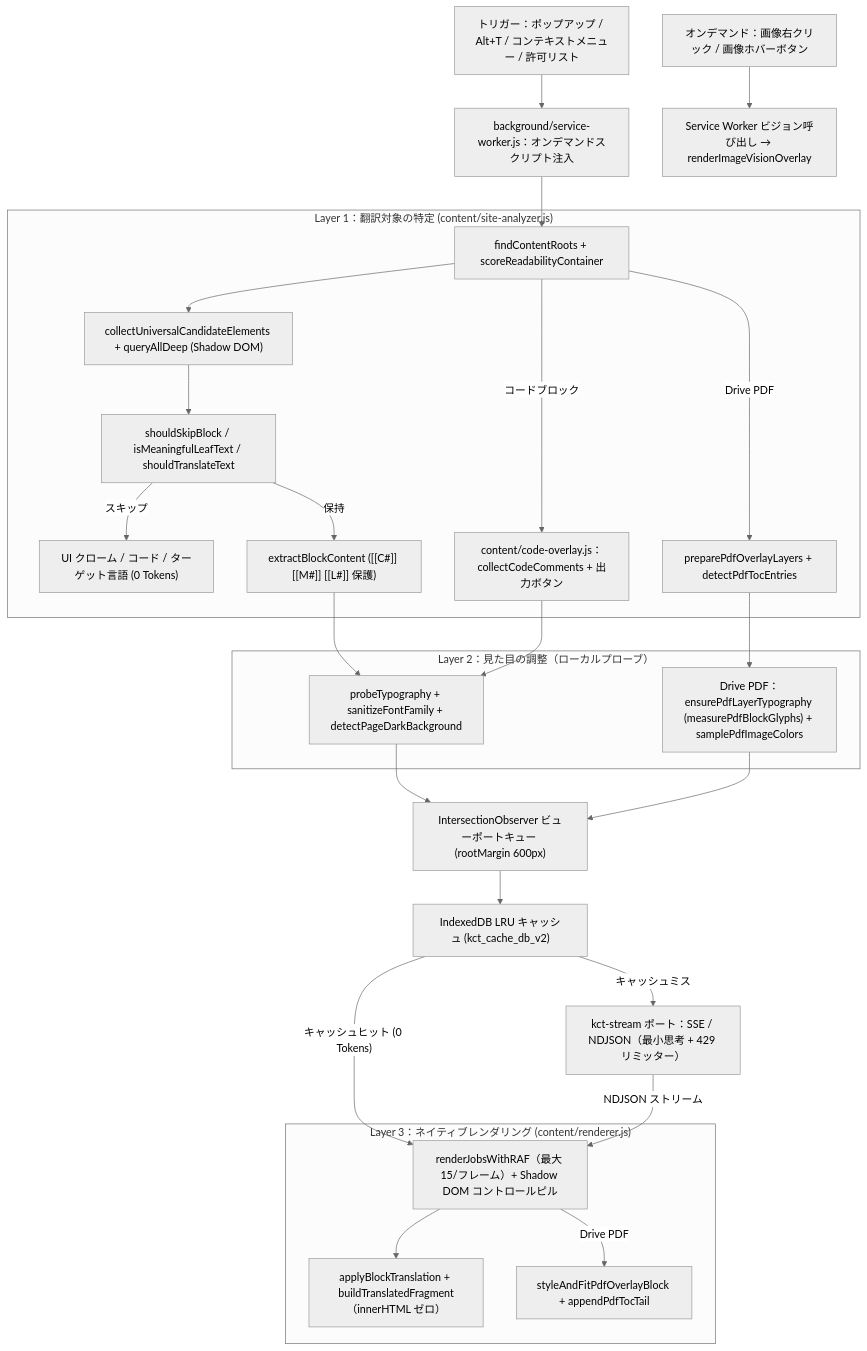
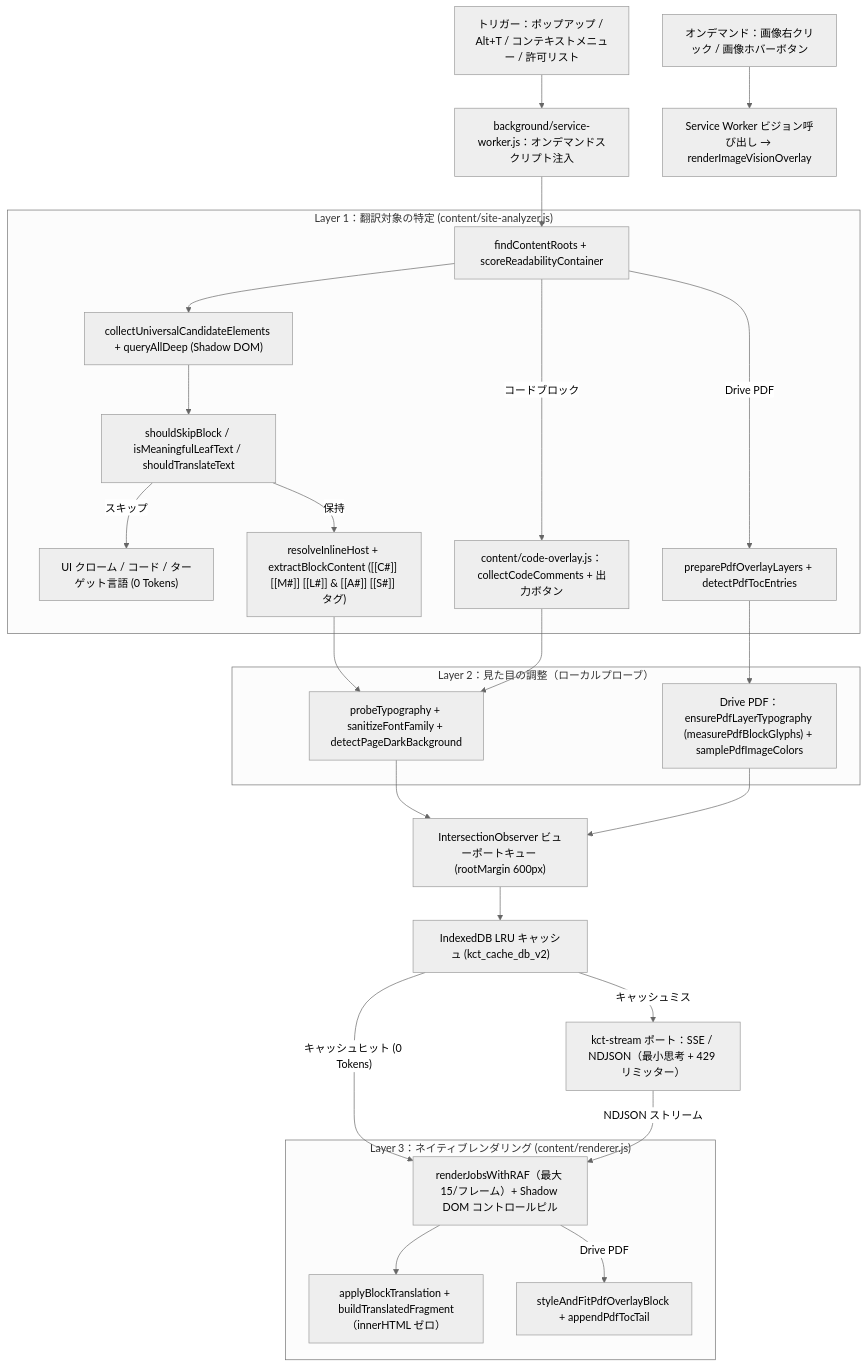
Before and after one commit to Chih-Kai-Wang/kaggle-course-translator: the second of 2 diagrams in README.ja.md, drawn with Mermaid (neutral theme). The commit also changed other lines of this file and 47 other files, not shown here.

````diff
--- a/README.ja.md
+++ b/README.ja.md
@@ -104,39 +126,39 @@
 ```mermaid
 flowchart TD
     A["トリガー：ポップアップ / Alt+T / コンテキストメニュー / 許可リスト"] --> B["background/service-worker.js：オンデマンドスクリプト注入"]
     B --> C1
 
     subgraph L1["Layer 1：翻訳対象の特定 (content/site-analyzer.js)"]
         C1["findContentRoots + scoreReadabilityContainer"]
         C1 --> C2["collectUniversalCandidateElements + queryAllDeep (Shadow DOM)"]
         C2 --> C3["shouldSkipBlock / isMeaningfulLeafText / shouldTranslateText"]
         C3 -->|"スキップ"| SKIP["UI クローム / コード / ターゲット言語 (0 Tokens)"]
-        C3 -->|"保持"| C4["extractBlockContent ([[C#]] [[M#]] [[L#]] 保護)"]
+        C3 -->|"保持"| C4["resolveInlineHost + extractBlockContent ([[C#]] [[M#]] [[L#]] & [[A#]] [[S#]] タグ)"]
         C1 -->|"Drive PDF"| C5["preparePdfOverlayLayers + detectPdfTocEntries"]
         C1 -->|"コードブロック"| C6["content/code-overlay.js：collectCodeComments + 出力ボタン"]
     end
 
     subgraph L2["Layer 2：見た目の調整（ローカルプローブ）"]
         D1["probeTypography + sanitizeFontFamily + detectPageDarkBackground"]
         D2["Drive PDF：ensurePdfLayerTypography (measurePdfBlockGlyphs) + samplePdfImageColors"]
     end
 
     C4 --> D1
     C6 --> D1
     C5 --> D2
 
     D1 --> Q1["IntersectionObserver ビューポートキュー (rootMargin 600px)"]
     D2 --> Q1
     Q1 --> Q2["IndexedDB LRU キャッシュ (kct_cache_db_v2)"]
     Q2 -->|"キャッシュヒット (0 Tokens)"| R1
     Q2 -->|"キャッシュミス"| Q3["kct-stream ポート：SSE / NDJSON（最小思考 + 429 リミッター）"]
     Q3 -->|"NDJSON ストリーム"| R1
 
     subgraph L3["Layer 3：ネイティブレンダリング (content/renderer.js)"]
         R1["renderJobsWithRAF（最大 15/フレーム）+ Shadow DOM コントロールピル"]
         R1 --> R2["applyBlockTranslation + buildTranslatedFragment（innerHTML ゼロ）"]
         R1 -->|"Drive PDF"| R3["styleAndFitPdfOverlayBlock + appendPdfTocTail"]
     end
 
     M1["オンデマンド：画像右クリック / 画像ホバーボタン"] --> M2["Service Worker ビジョン呼び出し → renderImageVisionOverlay"]
 ```
````
